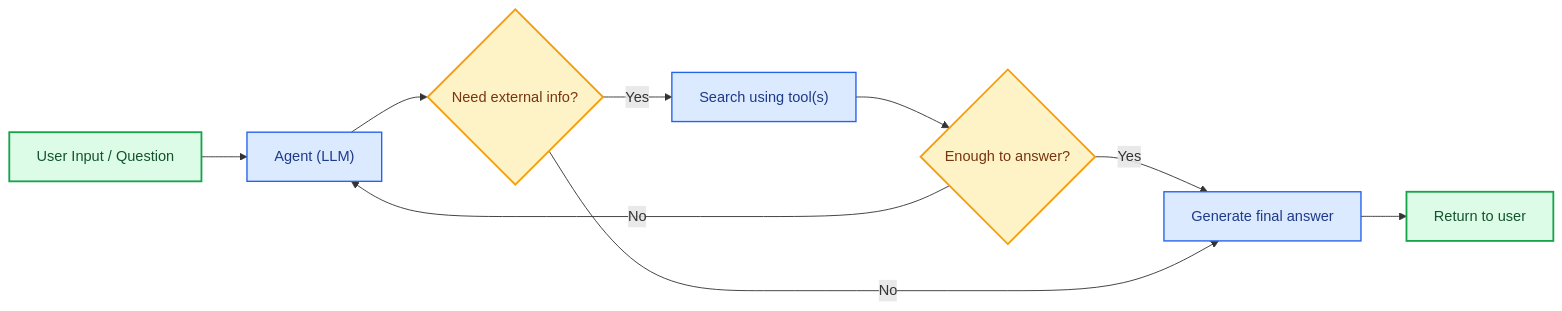
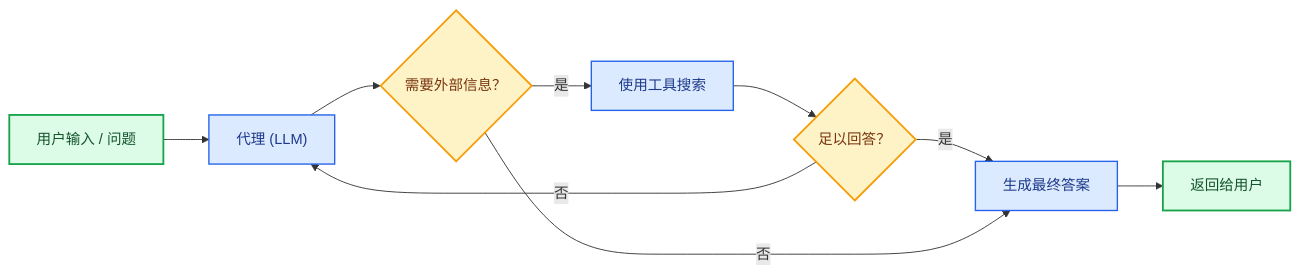
Before and after one commit to kunfan96/cndocs-langchain: the third of 4 diagrams in oss/javascript/langchain/retrieval.mdx, drawn with Mermaid. The commit also changed other lines of this file and 288 other files, not shown here.

````diff
--- a/oss/javascript/langchain/retrieval.mdx
+++ b/oss/javascript/langchain/retrieval.mdx
@@ -159,20 +159,20 @@
 ```mermaid
 graph LR
-    A[User Input / Question] --> B["Agent (LLM)"]
-    B --> C{Need external info?}
-    C -- Yes --> D["Search using tool(s)"]
-    D --> H{Enough to answer?}
-    H -- No --> B
-    H -- Yes --> I[Generate final answer]
-    C -- No --> I
-    I --> J[Return to user]
+    A[用户输入 / 问题] --> B["代理 (LLM)"]
+    B --> C{需要外部信息？}
+    C -- 是 --> D["使用工具搜索"]
+    D --> H{足以回答？}
+    H -- 否 --> B
+    H -- 是 --> I[生成最终答案]
+    C -- 否 --> I
+    I --> J[返回给用户]
 
     %% Dark-mode friendly styling
     classDef startend fill:#DCFCE7,stroke:#16A34A,stroke-width:2px,color:#14532D
     classDef decision fill:#FEF3C7,stroke:#F59E0B,stroke-width:2px,color:#78350F
     classDef process fill:#DBEAFE,stroke:#2563EB,stroke-width:1.5px,color:#1E3A8A
 
     class A,J startend
     class B,D,I process
     class C,H decision
 ```
````
